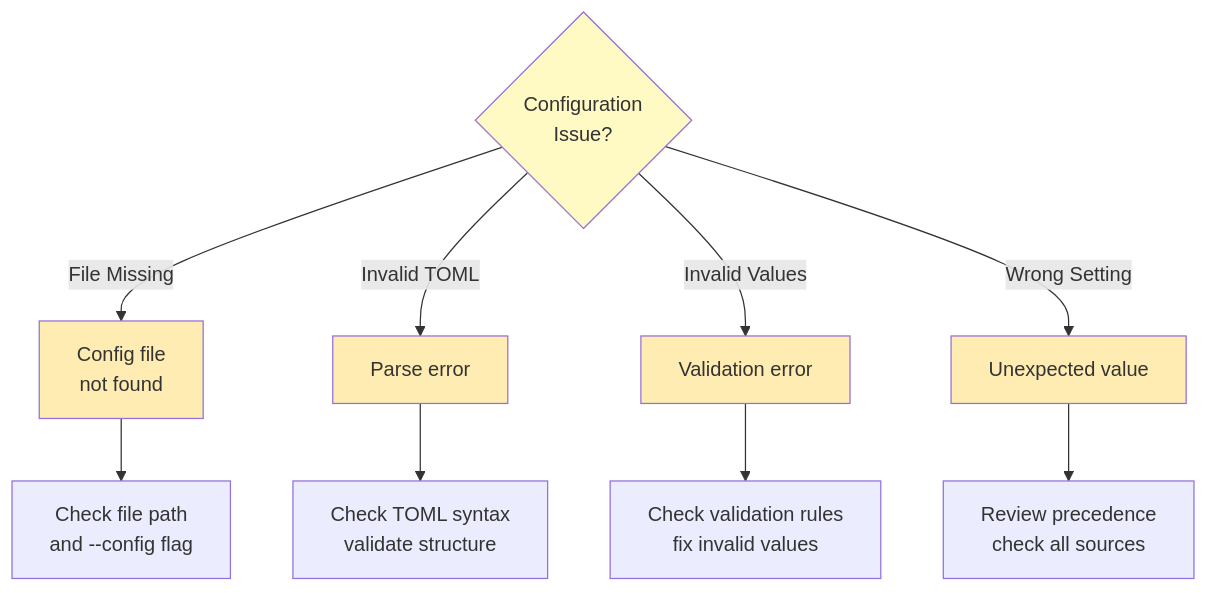
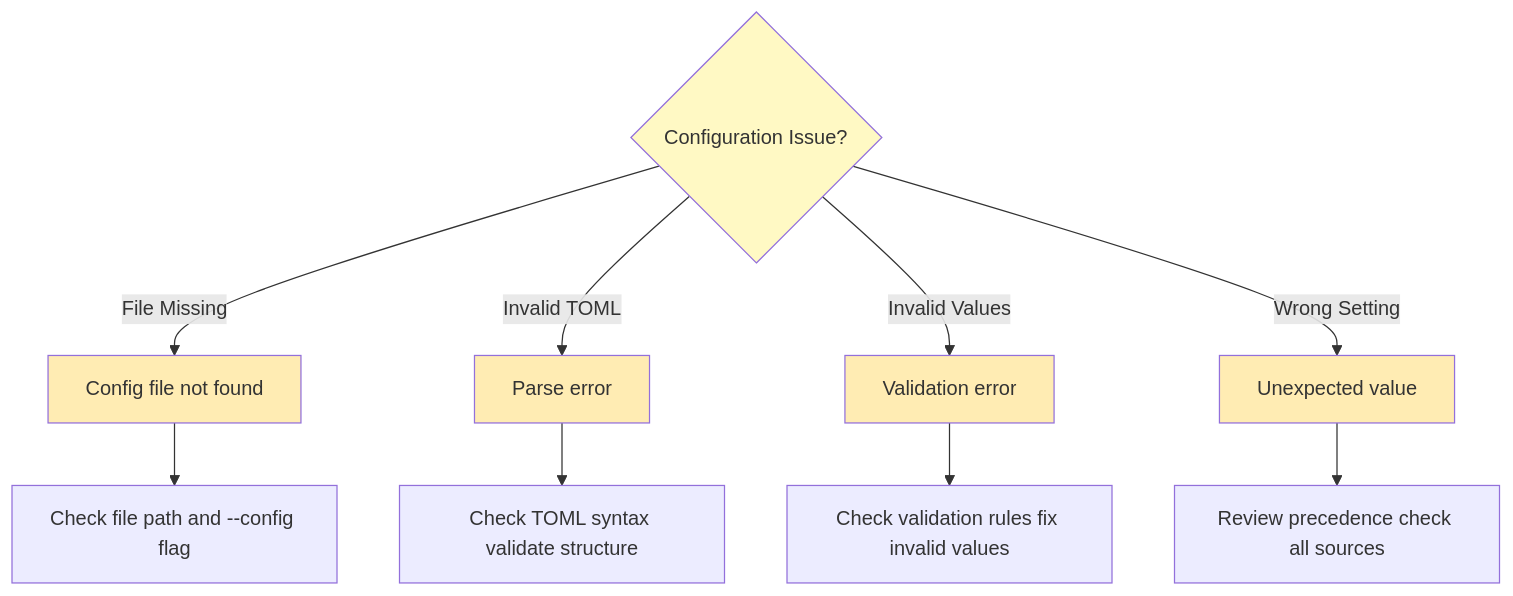
The eighth of 8 diagrams in wiki/Configuration.md (softwarewrighter/ui-test-rs), drawn with Mermaid before and after one commit. The commit also changed other lines of this file and 10 other files, not shown here.

First line of the commit message:
Fix wiki Mermaid diagrams: remove <br/> tags

````diff
--- a/wiki/Configuration.md
+++ b/wiki/Configuration.md
@@ -483,30 +483,30 @@
 ```mermaid
 flowchart TB
-    Issue{Configuration<br/>Issue?}
+    Issue{Configuration Issue?}
 
-    NotFound[Config file<br/>not found]
+    NotFound[Config file not found]
     ParseError[Parse error]
     ValidationError[Validation error]
     PrecedenceIssue[Unexpected value]
 
-    CheckPath[Check file path<br/>and --config flag]
-    CheckSyntax[Check TOML syntax<br/>validate structure]
-    CheckValues[Check validation rules<br/>fix invalid values]
-    CheckPrecedence[Review precedence<br/>check all sources]
+    CheckPath[Check file path and --config flag]
+    CheckSyntax[Check TOML syntax validate structure]
+    CheckValues[Check validation rules fix invalid values]
+    CheckPrecedence[Review precedence check all sources]
 
     Issue -->|File Missing| NotFound
     Issue -->|Invalid TOML| ParseError
     Issue -->|Invalid Values| ValidationError
     Issue -->|Wrong Setting| PrecedenceIssue
 
     NotFound --> CheckPath
     ParseError --> CheckSyntax
     ValidationError --> CheckValues
     PrecedenceIssue --> CheckPrecedence
 
     style Issue fill:#fff9c4
     style NotFound fill:#ffecb3
     style ParseError fill:#ffecb3
     style ValidationError fill:#ffecb3
     style PrecedenceIssue fill:#ffecb3
 ```
````
